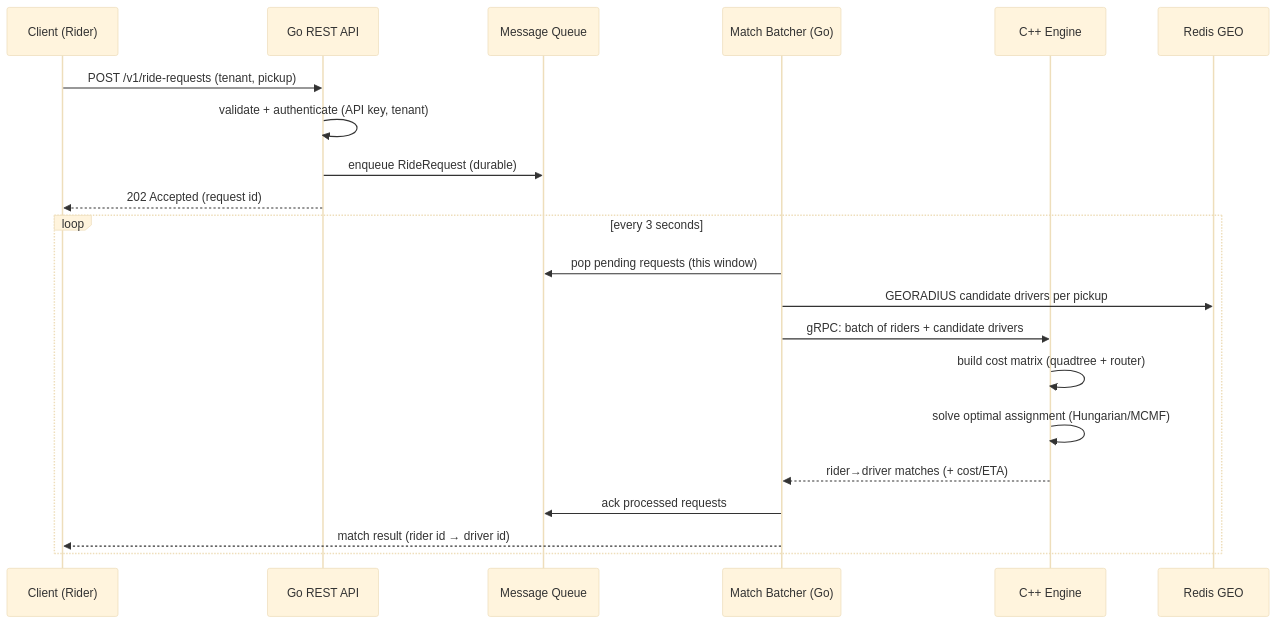
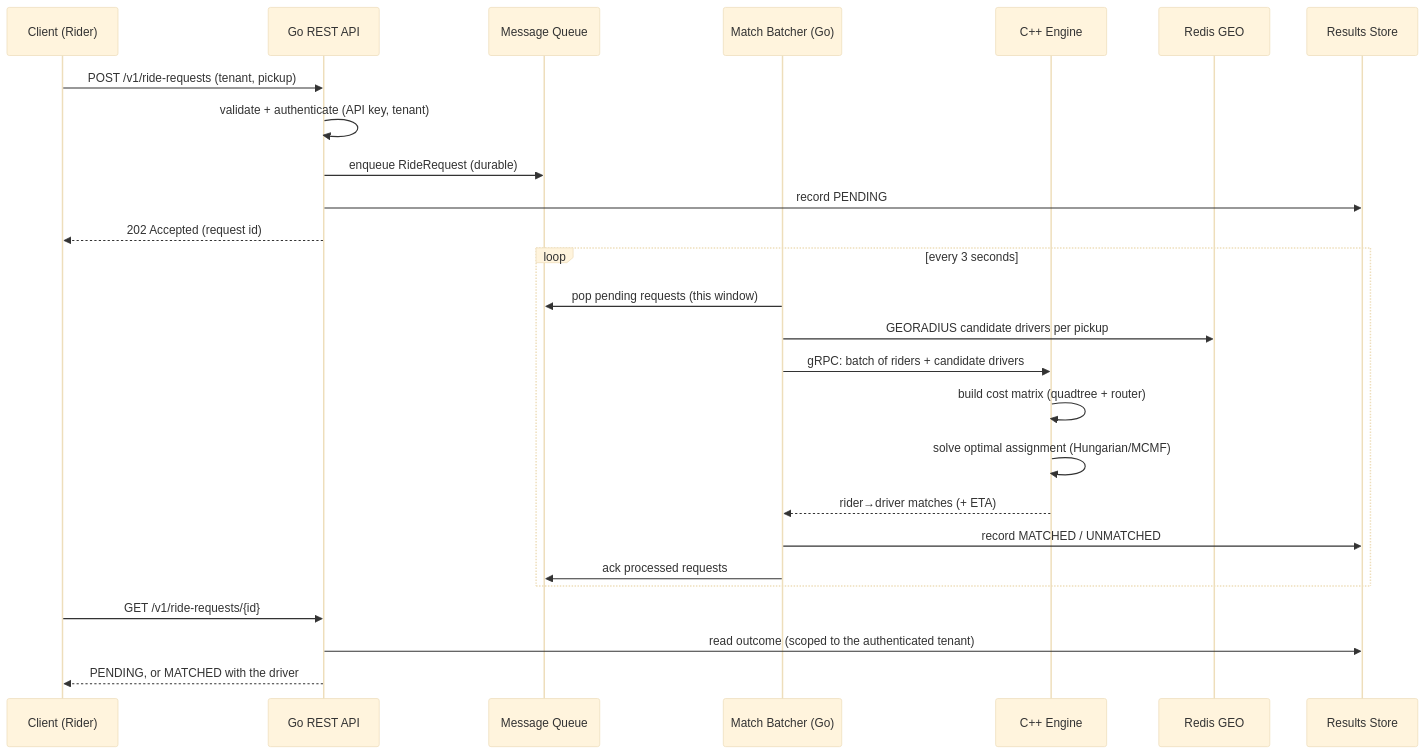
The third of 4 diagrams in docs/Architecture.md (aristoncodes/Ride-matching-engine), drawn with Mermaid (base theme) before and after one commit. The commit also changed other lines of this file and 21 other files, not shown here.

````diff
--- a/docs/Architecture.md
+++ b/docs/Architecture.md
@@ -64,25 +73,31 @@
 ```mermaid
 sequenceDiagram
     participant Rider as Client (Rider)
     participant API as Go REST API
     participant Q as Message Queue
     participant B as Match Batcher (Go)
     participant C as C++ Engine
     participant R as Redis GEO
+    participant S as Results Store
 
     Rider->>API: POST /v1/ride-requests (tenant, pickup)
     API->>API: validate + authenticate (API key, tenant)
     API->>Q: enqueue RideRequest (durable)
+    API->>S: record PENDING
     API-->>Rider: 202 Accepted (request id)
 
     loop every 3 seconds
         B->>Q: pop pending requests (this window)
         B->>R: GEORADIUS candidate drivers per pickup
         B->>C: gRPC: batch of riders + candidate drivers
         C->>C: build cost matrix (quadtree + router)
         C->>C: solve optimal assignment (Hungarian/MCMF)
-        C-->>B: rider→driver matches (+ cost/ETA)
+        C-->>B: rider→driver matches (+ ETA)
+        B->>S: record MATCHED / UNMATCHED
         B->>Q: ack processed requests
-        B-->>Rider: match result (rider id → driver id)
     end
+
+    Rider->>API: GET /v1/ride-requests/{id}
+    API->>S: read outcome (scoped to the authenticated tenant)
+    API-->>Rider: PENDING, or MATCHED with the driver
 ```
````
